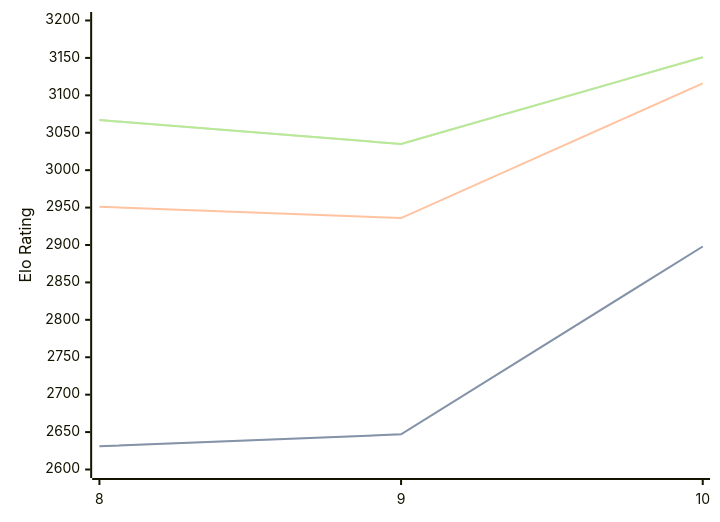
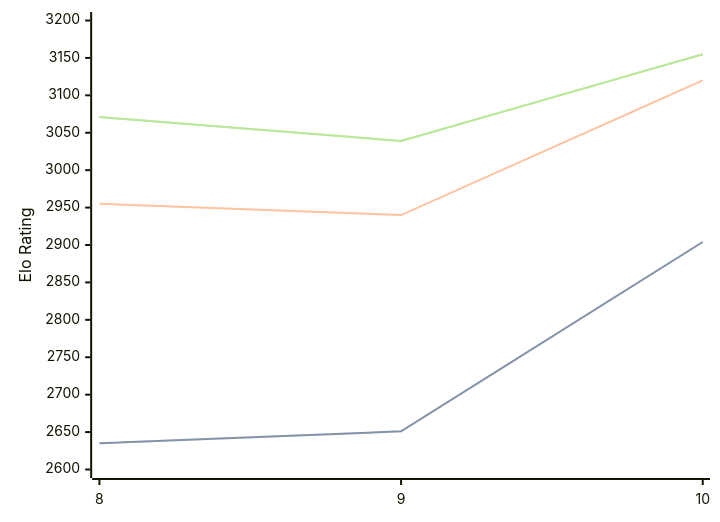
Before and after one commit to computer-chess-index/cci: the diagram in engines/Lozza.md, drawn with Mermaid. The commit also changed other lines of this file, not shown here.

Commit message:
Update CCI Ratings (ELO VLTC) - 2026-04-18

````diff
--- a/engines/Lozza.md
+++ b/engines/Lozza.md
@@ -41,11 +41,11 @@
 ```mermaid
 %%{init: {"theme":"base","themeVariables":{"seriesColors:['#a3a3a3','#222221','#faa371']}}}%%
 xychart-beta
   x-axis ["8", "9", "10"]
   y-axis "Elo Rating" 2600 --> 3200
-  line "STC (8.0+0.08s)" [2631, 2647, 2898]
-  line "STC (8.0+0.08s)" [2631, 2647, 2898]
-  line "LTC (60.0+0.60s)" [2951, 2936, 3116]
-  line "VLTC (2m24s+1.12s)" [3067, 3035, 3151]
-  line "VLTC (2m24s+1.12s)" [3067, 3035, 3151]
+  line "STC (8.0+0.08s)" [2635, 2651, 2904]
+  line "STC (8.0+0.08s)" [2635, 2651, 2904]
+  line "LTC (60.0+0.60s)" [2955, 2940, 3120]
+  line "VLTC (2m24s+1.12s)" [3071, 3039, 3155]
+  line "VLTC (2m24s+1.12s)" [3071, 3039, 3155]
 ```
````
